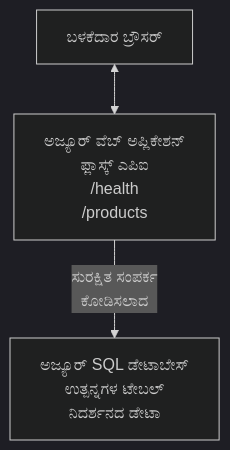
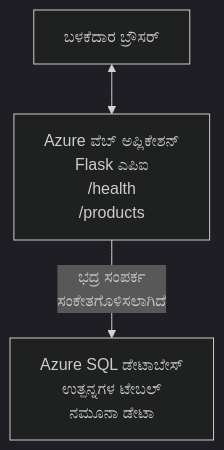
Before and after one commit to microsoft/AZD-for-beginners: the diagram in translations/kn/examples/database-app/README.md, drawn with Mermaid (dark theme). The commit also changed other lines of this file and 104 other files, not shown here.

````diff
--- a/translations/kn/examples/database-app/README.md
+++ b/translations/kn/examples/database-app/README.md
@@ -72,5 +73,5 @@
 ```mermaid
 graph TD
-    Browser[ಬಳಕೆದಾರ ಬ್ರೌಸರ್] <--> WebApp[ಅಜ್ಯೂರ್ ವೆಬ್ ಅಪ್ಲಿಕೇಶನ್<br/>ಫ್ಲಾಸ್ಕ್ ಎಪಿಐ<br/>/health<br/>/products]
-    WebApp -- ಸುರಕ್ಷಿತ ಸಂಪರ್ಕ<br/>ಕೋಡಿಸಲಾದ --> SQL[ಅಜ್ಯೂರ್ SQL ಡೇಟಾಬೇಸ್<br/>ಉತ್ಪನ್ನಗಳ ಟೇಬಲ್<br/>ನಿದರ್ಶನದ ಡೇಟಾ]
+    Browser[ಬಳಕೆದಾರ ಬ್ರೌಸರ್] <--> WebApp[Azure ವೆಬ್ ಅಪ್ಲಿಕೇಶನ್<br/>Flask ಎಪಿಐ<br/>/health<br/>/products]
+    WebApp -- ಭದ್ರ ಸಂಪರ್ಕ<br/>ಸಂಕೇತಗೊಳಿಸಲಾಗಿದೆ --> SQL[Azure SQL ಡೇಟಾಬೇಸ್<br/>ಉತ್ಪನ್ನಗಳ ಟೇಬಲ್<br/>ನಮೂನಾ ಡೇಟಾ]
 ```
````
